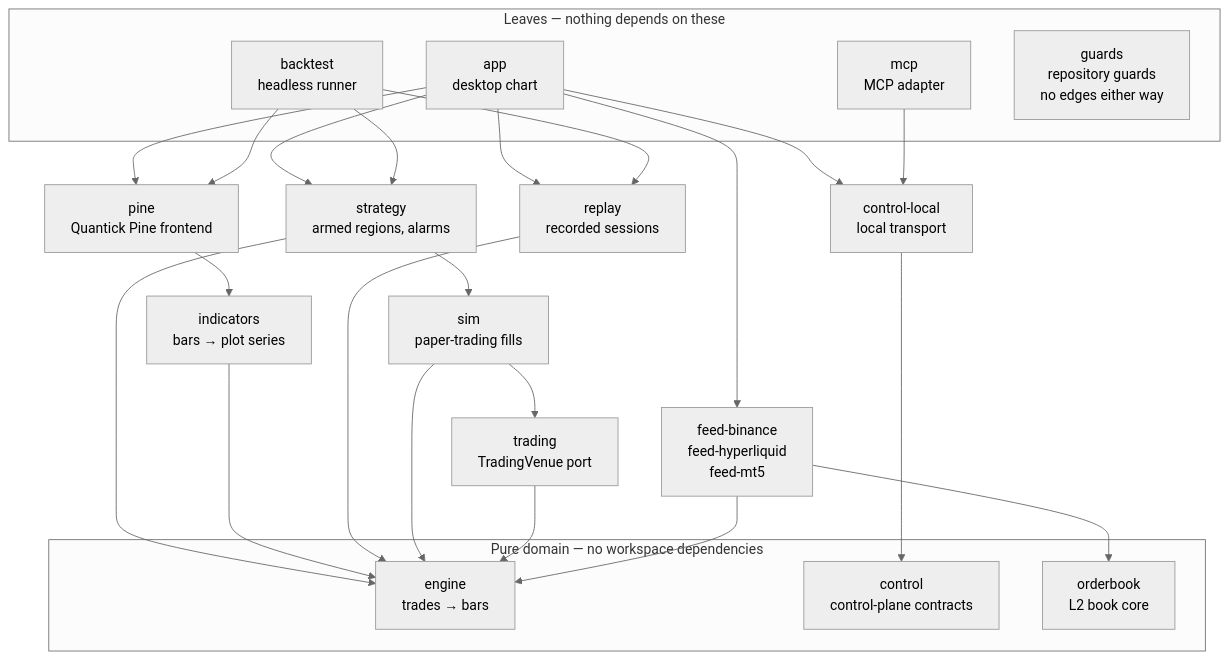
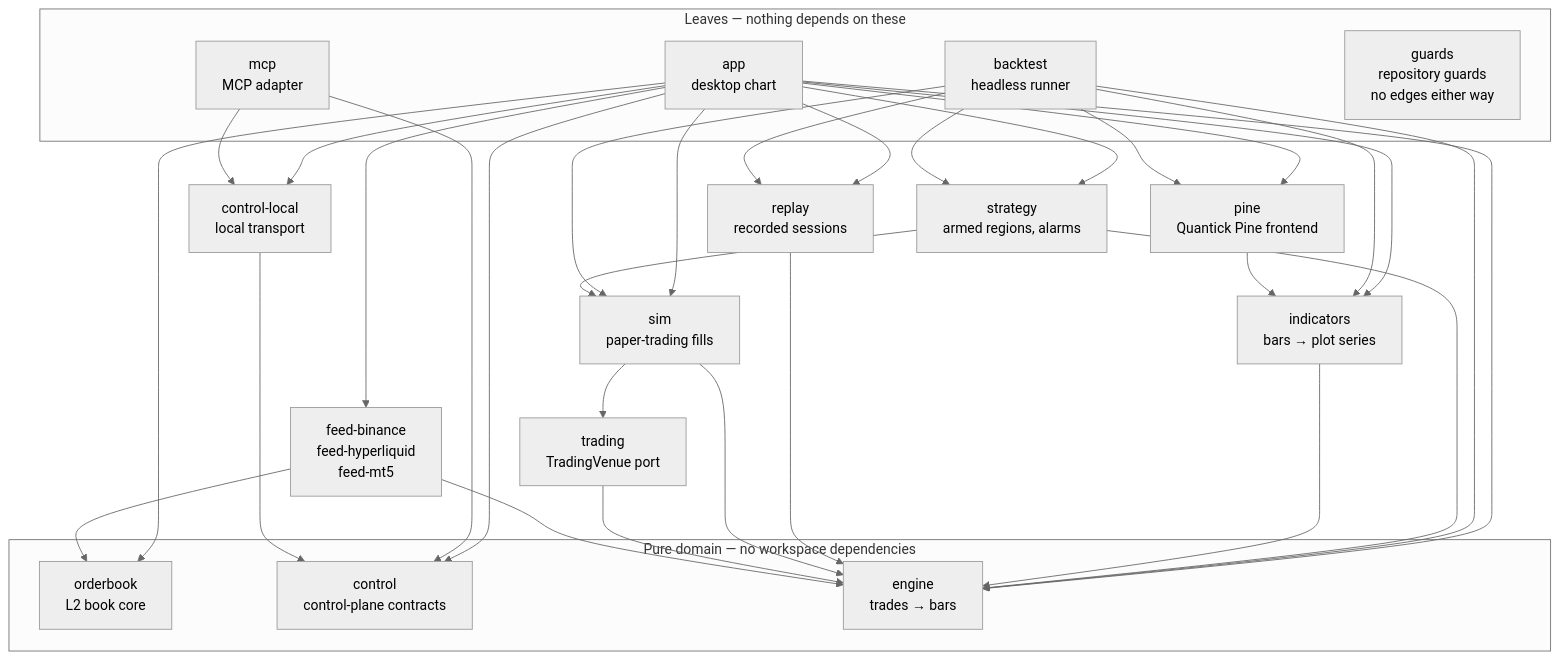
Before and after one commit to milocaetano/quantick: the diagram in AGENTS.md, drawn with Mermaid (neutral theme). The commit also changed 1 other file, not shown here.

First paragraph of the commit message:
docs: answer the review of the CLAUDE.md cut
Round 1 of the review chain. Three findings, all consequences of moving
content out of CLAUDE.md without checking what still reads it.

````diff
--- a/AGENTS.md
+++ b/AGENTS.md
@@ -107,37 +107,46 @@
 ```mermaid
 graph TD
   subgraph leaves["Leaves — nothing depends on these"]
     app["app<br/>desktop chart"]
     backtest["backtest<br/>headless runner"]
     mcp["mcp<br/>MCP adapter"]
     guards["guards<br/>repository guards<br/>no edges either way"]
   end
 
   app --> pine
+  app --> indicators
   app --> strategy
+  app --> sim
   app --> replay
+  app --> orderbook
   app --> feeds
+  app --> control
   app --> controllocal
+  app --> engine
   backtest --> strategy
   backtest --> pine
+  backtest --> indicators
   backtest --> replay
+  backtest --> sim
+  backtest --> engine
   mcp --> controllocal
+  mcp --> control
 
   pine["pine<br/>Quantick Pine frontend"] --> indicators
   strategy["strategy<br/>armed regions, alarms"] --> sim
   strategy --> engine
   controllocal["control-local<br/>local transport"] --> control
   indicators["indicators<br/>bars → plot series"] --> engine
   replay["replay<br/>recorded sessions"] --> engine
   sim["sim<br/>paper-trading fills"] --> trading
   sim --> engine
   trading["trading<br/>TradingVenue port"] --> engine
   feeds["feed-binance<br/>feed-hyperliquid<br/>feed-mt5"] --> engine
   feeds --> orderbook
 
   subgraph pure["Pure domain — no workspace dependencies"]
     engine["engine<br/>trades → bars"]
     orderbook["orderbook<br/>L2 book core"]
     control["control<br/>control-plane contracts"]
   end
 ```
````
